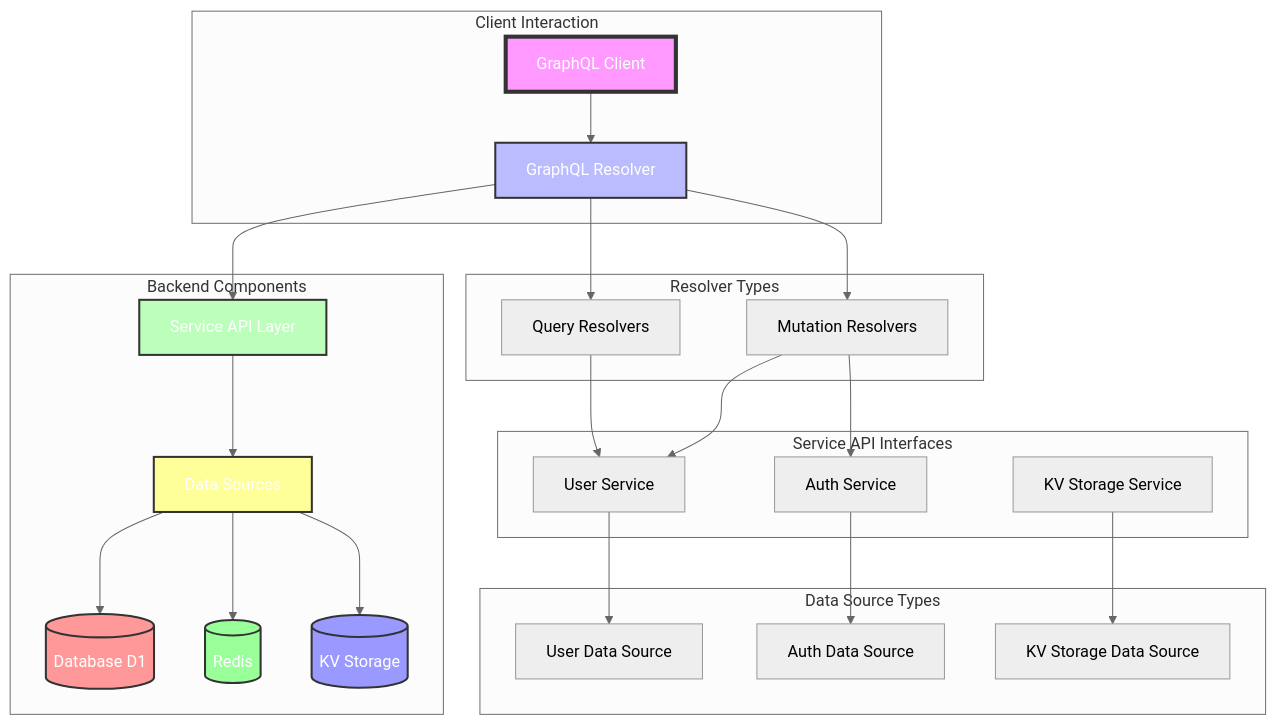
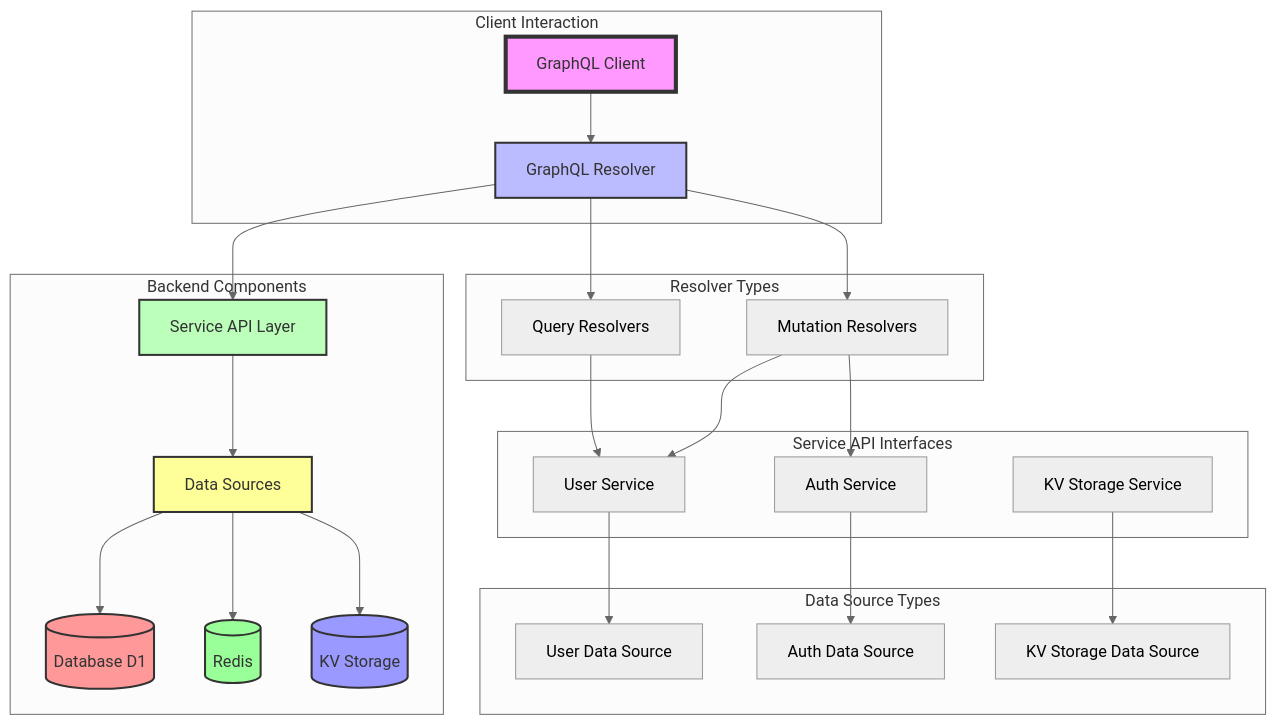
The ninth of 13 diagrams in docs/user-services.md (vinodhj/expense-microservices), drawn with Mermaid (neutral theme) before and after one commit.

Commit message:
docs mermaid color fix-1

````diff
--- a/docs/user-services.md
+++ b/docs/user-services.md
@@ -746,50 +746,50 @@
 ```mermaid
 flowchart TB
     subgraph "Client Interaction"
         A[GraphQL Client] --> B[GraphQL Resolver]
     end
 
     subgraph "Backend Components"
         B --> C[Service API Layer]
         C --> D[Data Sources]
         D --> E[(Database D1)]
         D --> F[(Redis)]
         D --> G[(KV Storage)]
     end
 
     subgraph "Resolver Types"
         Q1[Query Resolvers]
         Q2[Mutation Resolvers]
     end
 
     subgraph "Service API Interfaces"
         S1[User Service]
         S2[Auth Service]
         S3[KV Storage Service]
     end
 
     subgraph "Data Source Types"
         DS1[User Data Source]
         DS2[Auth Data Source]
         DS3[KV Storage Data Source]
     end
 
     B --> Q1
     B --> Q2
 
     Q1 --> S1
     Q2 --> S1
     Q2 --> S2
 
     S1 --> DS1
     S2 --> DS2
     S3 --> DS3
 
-    style A fill:#f9f,stroke:#333,stroke-width:4px,color:#fff
-    style B fill:#bbf,stroke:#333,stroke-width:2px,color:#fff
-    style C fill:#bfb,stroke:#333,stroke-width:2px,color:#fff
-    style D fill:#ff9,stroke:#333,stroke-width:2px,color:#fff
-    style E fill:#f99,stroke:#333,stroke-width:2px,color:#fff
-    style F fill:#9f9,stroke:#333,stroke-width:2px,color:#fff
-    style G fill:#99f,stroke:#333,stroke-width:2px,color:#fff
+    style A fill:#f9f,stroke:#333,stroke-width:4px,color:#333
+    style B fill:#bbf,stroke:#333,stroke-width:2px,color:#333
+    style C fill:#bfb,stroke:#333,stroke-width:2px,color:#333
+    style D fill:#ff9,stroke:#333,stroke-width:2px,color:#333
+    style E fill:#f99,stroke:#333,stroke-width:2px,color:#333
+    style F fill:#9f9,stroke:#333,stroke-width:2px,color:#333
+    style G fill:#99f,stroke:#333,stroke-width:2px,color:#333
 ```
````
